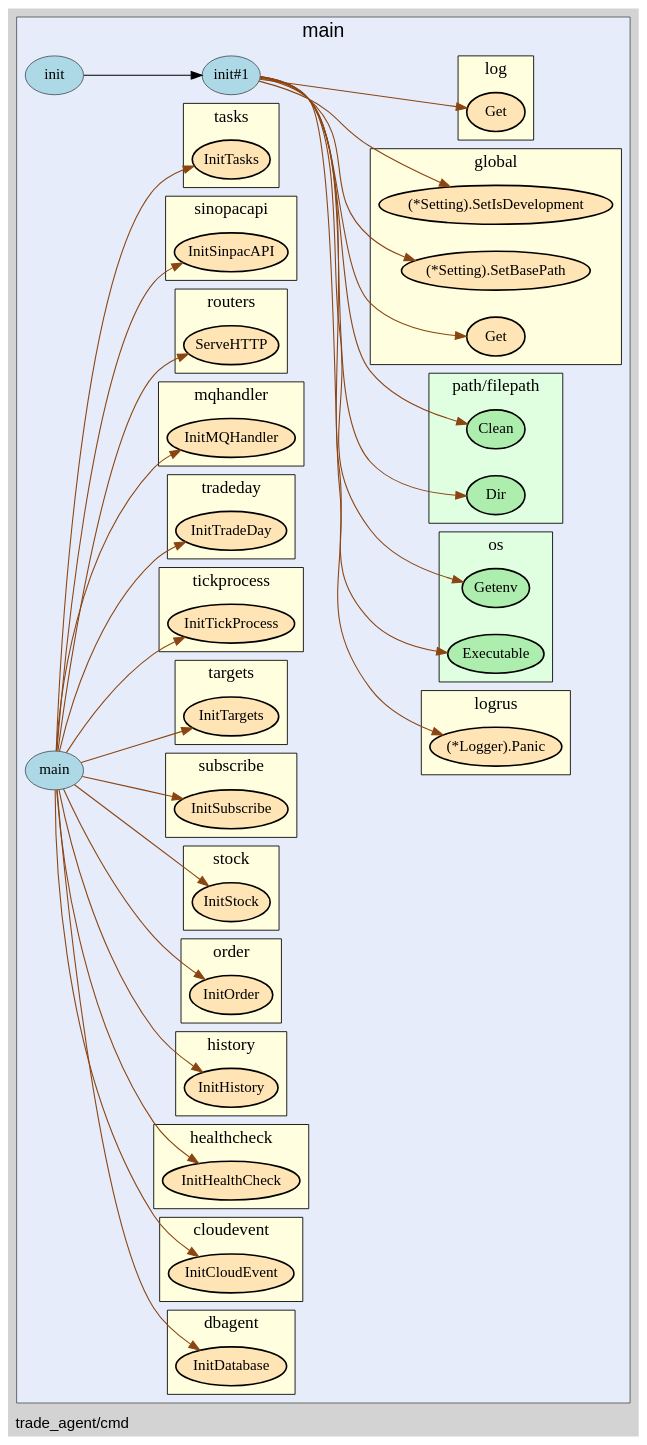
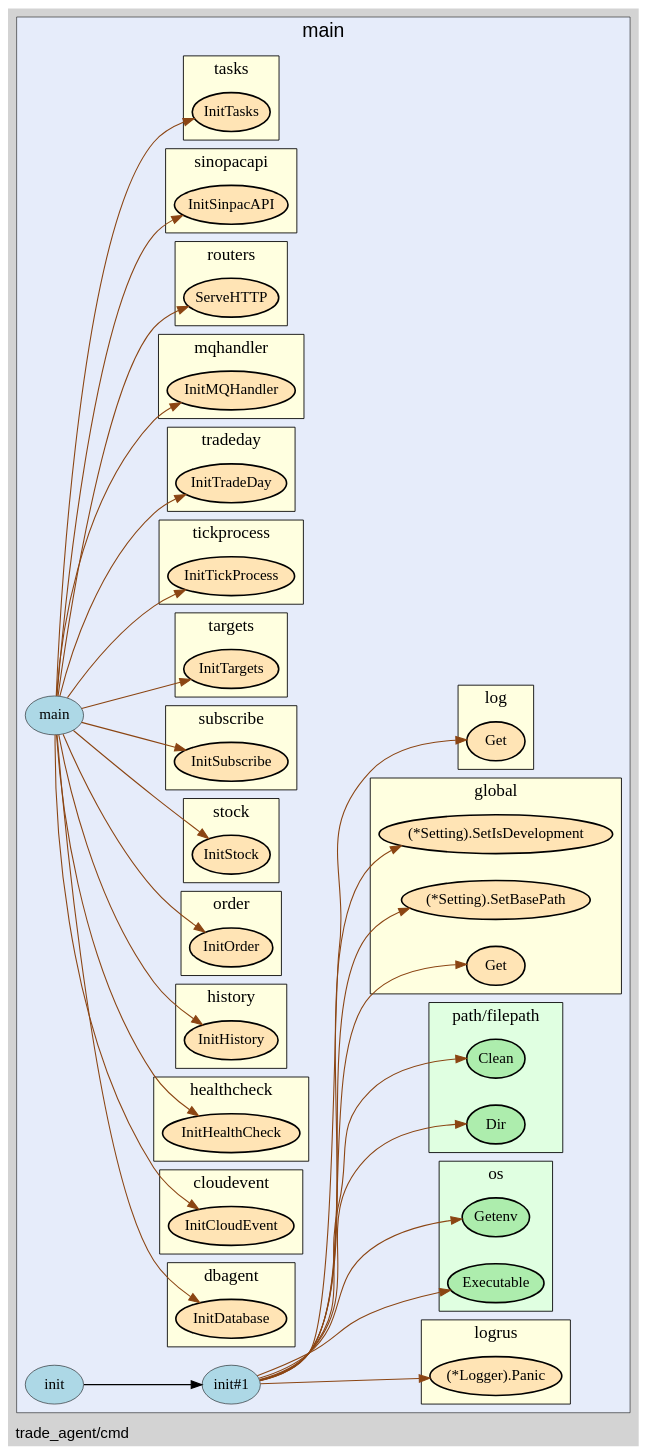
The diagram in assets/callvis.gv (Chindada/trade_agent), drawn with Graphviz before and after one commit. The commit also changed 4 other files, not shown here.

```diff
--- a/assets/callvis.gv
+++ b/assets/callvis.gv
@@ -20,20 +20,20 @@
 labeljust="c";
 fontsize="18";
         
-        "trade_agent/cmd.init#1" [ label="init#1" penwidth="0.5" fillcolor="lightblue" ]
+        "trade_agent/cmd.main" [ fillcolor="lightblue" label="main" penwidth="0.5" ]
+        "trade_agent/cmd.init#1" [ fillcolor="lightblue" label="init#1" penwidth="0.5" ]
         "trade_agent/cmd.init" [ fillcolor="lightblue" label="init" penwidth="0.5" ]
-        "trade_agent/cmd.main" [ label="main" penwidth="0.5" fillcolor="lightblue" ]
         
         subgraph "cluster_github.com/sirupsen/logrus" {
-        tooltip="package: github.com/sirupsen/logrus";
+        fontsize="16";
+label="logrus";
 penwidth="0.8";
 style="filled";
-label="logrus";
+fillcolor="lightyellow";
+fontname="Tahoma bold";
 rank="sink";
 URL="/?f=github.com/sirupsen/logrus";
-fontsize="16";
-fillcolor="lightyellow";
-fontname="Tahoma bold";
+tooltip="package: github.com/sirupsen/logrus";
         
         "(*github.com/sirupsen/logrus.Logger).Panic" [ fillcolor="moccasin" label="(*Logger).Panic" penwidth="1.5" ]
         
@@ -41,28 +41,28 @@
 
         subgraph "cluster_os" {
         penwidth="0.8";
+fillcolor="#E0FFE1";
+rank="sink";
+URL="/?f=os";
 fontsize="16";
-fillcolor="#E0FFE1";
-URL="/?f=os";
 style="filled";
 fontname="Tahoma bold";
-rank="sink";
 label="os";
 tooltip="package: os";
         
-        "os.Executable" [ penwidth="1.5" fillcolor="#adedad" label="Executable" ]
+        "os.Executable" [ fillcolor="#adedad" label="Executable" penwidth="1.5" ]
         "os.Getenv" [ fillcolor="#adedad" label="Getenv" penwidth="1.5" ]
         
     }
 
         subgraph "cluster_path/filepath" {
-        fontsize="16";
-style="filled";
+        style="filled";
 fillcolor="#E0FFE1";
 fontname="Tahoma bold";
 rank="sink";
 tooltip="package: path/filepath";
 penwidth="0.8";
+fontsize="16";
 label="path/filepath";
 URL="/?f=path/filepath";
         
@@ -72,152 +72,152 @@
     }
 
         subgraph "cluster_trade_agent/global" {
-        rank="sink";
-fontname="Tahoma bold";
-label="global";
-URL="/?f=trade_agent/global";
-tooltip="package: trade_agent/global";
+        URL="/?f=trade_agent/global";
 penwidth="0.8";
 fontsize="16";
 style="filled";
 fillcolor="lightyellow";
+fontname="Tahoma bold";
+label="global";
+rank="sink";
+tooltip="package: trade_agent/global";
         
-        "trade_agent/global.Get" [ label="Get" penwidth="1.5" fillcolor="moccasin" ]
+        "trade_agent/global.Get" [ fillcolor="moccasin" label="Get" penwidth="1.5" ]
         "(*trade_agent/global.Setting).SetBasePath" [ fillcolor="moccasin" label="(*Setting).SetBasePath" penwidth="1.5" ]
         "(*trade_agent/global.Setting).SetIsDevelopment" [ fillcolor="moccasin" label="(*Setting).SetIsDevelopment" penwidth="1.5" ]
         
     }
 
         subgraph "cluster_trade_agent/pkg/dbagent" {
-        penwidth="0.8";
-fontsize="16";
-fillcolor="lightyellow";
-fontname="Tahoma bold";
+        fillcolor="lightyellow";
 rank="sink";
 label="dbagent";
-style="filled";
 URL="/?f=trade_agent/pkg/dbagent";
 tooltip="package: trade_agent/pkg/dbagent";
+fontsize="16";
+style="filled";
+fontname="Tahoma bold";
+penwidth="0.8";
         
         "trade_agent/pkg/dbagent.InitDatabase" [ fillcolor="moccasin" label="InitDatabase" penwidth="1.5" ]
         
     }
 
         subgraph "cluster_trade_agent/pkg/log" {
-        fillcolor="lightyellow";
+        style="filled";
 rank="sink";
 label="log";
-tooltip="package: trade_agent/pkg/log";
 URL="/?f=trade_agent/pkg/log";
 penwidth="0.8";
 fontsize="16";
-style="filled";
+fillcolor="lightyellow";
 fontname="Tahoma bold";
+tooltip="package: trade_agent/pkg/log";
         
         "trade_agent/pkg/log.Get" [ fillcolor="moccasin" label="Get" penwidth="1.5" ]
         
     }
 
         subgraph "cluster_trade_agent/pkg/modules/cloudevent" {
-        fontsize="16";
-style="filled";
+        style="filled";
 fillcolor="lightyellow";
-fontname="Tahoma bold";
+rank="sink";
 label="cloudevent";
-URL="/?f=trade_agent/pkg/modules/cloudevent";
 tooltip="package: trade_agent/pkg/modules/cloudevent";
 penwidth="0.8";
-rank="sink";
+fontsize="16";
+fontname="Tahoma bold";
+URL="/?f=trade_agent/pkg/modules/cloudevent";
         
         "trade_agent/pkg/modules/cloudevent.InitCloudEvent" [ fillcolor="moccasin" label="InitCloudEvent" penwidth="1.5" ]
         
     }
 
         subgraph "cluster_trade_agent/pkg/modules/healthcheck" {
-        URL="/?f=trade_agent/pkg/modules/healthcheck";
-tooltip="package: trade_agent/pkg/modules/healthcheck";
+        penwidth="0.8";
 fillcolor="lightyellow";
-fontname="Tahoma bold";
+rank="sink";
 label="healthcheck";
-rank="sink";
-penwidth="0.8";
+URL="/?f=trade_agent/pkg/modules/healthcheck";
 fontsize="16";
 style="filled";
+fontname="Tahoma bold";
+tooltip="package: trade_agent/pkg/modules/healthcheck";
         
         "trade_agent/pkg/modules/healthcheck.InitHealthCheck" [ fillcolor="moccasin" label="InitHealthCheck" penwidth="1.5" ]
         
     }
 
         subgraph "cluster_trade_agent/pkg/modules/history" {
-        fillcolor="lightyellow";
-URL="/?f=trade_agent/pkg/modules/history";
+        rank="sink";
+label="history";
 penwidth="0.8";
 fontsize="16";
 style="filled";
+fillcolor="lightyellow";
 fontname="Tahoma bold";
-rank="sink";
-label="history";
+URL="/?f=trade_agent/pkg/modules/history";
 tooltip="package: trade_agent/pkg/modules/history";
         
-        "trade_agent/pkg/modules/history.InitHistory" [ label="InitHistory" penwidth="1.5" fillcolor="moccasin" ]
+        "trade_agent/pkg/modules/history.InitHistory" [ fillcolor="moccasin" label="InitHistory" penwidth="1.5" ]
         
     }
 
         subgraph "cluster_trade_agent/pkg/modules/order" {
-        fontsize="16";
-style="filled";
+        rank="sink";
+fontsize="16";
+fillcolor="lightyellow";
 fontname="Tahoma bold";
 label="order";
-penwidth="0.8";
-fillcolor="lightyellow";
-rank="sink";
 URL="/?f=trade_agent/pkg/modules/order";
 tooltip="package: trade_agent/pkg/modules/order";
+penwidth="0.8";
+style="filled";
         
-        "trade_agent/pkg/modules/order.InitOrder" [ fillcolor="moccasin" label="InitOrder" penwidth="1.5" ]
+        "trade_agent/pkg/modules/order.InitOrder" [ penwidth="1.5" fillcolor="moccasin" label="InitOrder" ]
         
     }
 
         subgraph "cluster_trade_agent/pkg/modules/stock" {
-        penwidth="0.8";
+        fontsize="16";
 style="filled";
+rank="sink";
+URL="/?f=trade_agent/pkg/modules/stock";
+tooltip="package: trade_agent/pkg/modules/stock";
+penwidth="0.8";
+fillcolor="lightyellow";
 fontname="Tahoma bold";
 label="stock";
-URL="/?f=trade_agent/pkg/modules/stock";
-tooltip="package: trade_agent/pkg/modules/stock";
-fontsize="16";
-fillcolor="lightyellow";
-rank="sink";
         
         "trade_agent/pkg/modules/stock.InitStock" [ label="InitStock" penwidth="1.5" fillcolor="moccasin" ]
         
     }
 
         subgraph "cluster_trade_agent/pkg/modules/subscribe" {
-        fillcolor="lightyellow";
+        URL="/?f=trade_agent/pkg/modules/subscribe";
+fillcolor="lightyellow";
 fontname="Tahoma bold";
+rank="sink";
+label="subscribe";
 penwidth="0.8";
+fontsize="16";
 style="filled";
-label="subscribe";
-URL="/?f=trade_agent/pkg/modules/subscribe";
 tooltip="package: trade_agent/pkg/modules/subscribe";
-fontsize="16";
-rank="sink";
         
         "trade_agent/pkg/modules/subscribe.InitSubscribe" [ fillcolor="moccasin" label="InitSubscribe" penwidth="1.5" ]
         
     }
 
         subgraph "cluster_trade_agent/pkg/modules/targets" {
-        fillcolor="lightyellow";
+        penwidth="0.8";
+style="filled";
+URL="/?f=trade_agent/pkg/modules/targets";
+tooltip="package: trade_agent/pkg/modules/targets";
+fontsize="16";
+fillcolor="lightyellow";
+fontname="Tahoma bold";
 rank="sink";
-tooltip="package: trade_agent/pkg/modules/targets";
-penwidth="0.8";
-fontsize="16";
-style="filled";
-fontname="Tahoma bold";
 label="targets";
-URL="/?f=trade_agent/pkg/modules/targets";
         
         "trade_agent/pkg/modules/targets.InitTargets" [ fillcolor="moccasin" label="InitTargets" penwidth="1.5" ]
         
@@ -225,74 +225,74 @@
 
         subgraph "cluster_trade_agent/pkg/modules/tickprocess" {
         penwidth="0.8";
-style="filled";
-URL="/?f=trade_agent/pkg/modules/tickprocess";
+label="tickprocess";
 tooltip="package: trade_agent/pkg/modules/tickprocess";
 fontsize="16";
+style="filled";
 fillcolor="lightyellow";
 fontname="Tahoma bold";
 rank="sink";
-label="tickprocess";
+URL="/?f=trade_agent/pkg/modules/tickprocess";
         
         "trade_agent/pkg/modules/tickprocess.InitTickProcess" [ fillcolor="moccasin" label="InitTickProcess" penwidth="1.5" ]
         
     }
 
         subgraph "cluster_trade_agent/pkg/modules/tradeday" {
-        penwidth="0.8";
-fontsize="16";
-tooltip="package: trade_agent/pkg/modules/tradeday";
+        fontsize="16";
 style="filled";
 fillcolor="lightyellow";
+label="tradeday";
+penwidth="0.8";
 fontname="Tahoma bold";
 rank="sink";
-label="tradeday";
 URL="/?f=trade_agent/pkg/modules/tradeday";
+tooltip="package: trade_agent/pkg/modules/tradeday";
         
         "trade_agent/pkg/modules/tradeday.InitTradeDay" [ fillcolor="moccasin" label="InitTradeDay" penwidth="1.5" ]
         
     }
 
         subgraph "cluster_trade_agent/pkg/mqhandler" {
-        penwidth="0.8";
+        style="filled";
 fillcolor="lightyellow";
-label="mqhandler";
+fontname="Tahoma bold";
 URL="/?f=trade_agent/pkg/mqhandler";
 tooltip="package: trade_agent/pkg/mqhandler";
+penwidth="0.8";
 fontsize="16";
-style="filled";
-fontname="Tahoma bold";
 rank="sink";
+label="mqhandler";
         
-        "trade_agent/pkg/mqhandler.InitMQHandler" [ fillcolor="moccasin" label="InitMQHandler" penwidth="1.5" ]
+        "trade_agent/pkg/mqhandler.InitMQHandler" [ label="InitMQHandler" penwidth="1.5" fillcolor="moccasin" ]
         
     }
 
         subgraph "cluster_trade_agent/pkg/routers" {
         URL="/?f=trade_agent/pkg/routers";
+penwidth="0.8";
 style="filled";
-fillcolor="lightyellow";
 fontname="Tahoma bold";
 label="routers";
-penwidth="0.8";
+tooltip="package: trade_agent/pkg/routers";
 fontsize="16";
+fillcolor="lightyellow";
 rank="sink";
-tooltip="package: trade_agent/pkg/routers";
         
         "trade_agent/pkg/routers.ServeHTTP" [ fillcolor="moccasin" label="ServeHTTP" penwidth="1.5" ]
         
     }
 
         subgraph "cluster_trade_agent/pkg/sinopacapi" {
-        penwidth="0.8";
-style="filled";
+        style="filled";
+fontname="Tahoma bold";
+URL="/?f=trade_agent/pkg/sinopacapi";
+penwidth="0.8";
 fillcolor="lightyellow";
-fontname="Tahoma bold";
+rank="sink";
+label="sinopacapi";
 tooltip="package: trade_agent/pkg/sinopacapi";
 fontsize="16";
-rank="sink";
-label="sinopacapi";
-URL="/?f=trade_agent/pkg/sinopacapi";
         
         "trade_agent/pkg/sinopacapi.InitSinpacAPI" [ fillcolor="moccasin" label="InitSinpacAPI" penwidth="1.5" ]
         
@@ -300,14 +300,14 @@
 
         subgraph "cluster_trade_agent/pkg/tasks" {
         penwidth="0.8";
+fontsize="16";
+fontname="Tahoma bold";
+label="tasks";
 URL="/?f=trade_agent/pkg/tasks";
-tooltip="package: trade_agent/pkg/tasks";
-rank="sink";
-label="tasks";
-fontsize="16";
 style="filled";
 fillcolor="lightyellow";
-fontname="Tahoma bold";
+rank="sink";
+tooltip="package: trade_agent/pkg/tasks";
         
         "trade_agent/pkg/tasks.InitTasks" [ fillcolor="moccasin" label="InitTasks" penwidth="1.5" ]
         
@@ -315,16 +315,6 @@
 
     }
 
-    "trade_agent/cmd.init#1" -> "os.Executable" [ color="saddlebrown" ]
-    "trade_agent/cmd.init#1" -> "trade_agent/pkg/log.Get" [ color="saddlebrown" ]
-    "trade_agent/cmd.init#1" -> "(*github.com/sirupsen/logrus.Logger).Panic" [ color="saddlebrown" ]
-    "trade_agent/cmd.init#1" -> "trade_agent/global.Get" [ color="saddlebrown" ]
-    "trade_agent/cmd.init#1" -> "path/filepath.Dir" [ color="saddlebrown" ]
-    "trade_agent/cmd.init#1" -> "path/filepath.Clean" [ color="saddlebrown" ]
-    "trade_agent/cmd.init#1" -> "(*trade_agent/global.Setting).SetBasePath" [ color="saddlebrown" ]
-    "trade_agent/cmd.init#1" -> "os.Getenv" [ color="saddlebrown" ]
-    "trade_agent/cmd.init#1" -> "(*trade_agent/global.Setting).SetIsDevelopment" [ color="saddlebrown" ]
-    "trade_agent/cmd.init" -> "trade_agent/cmd.init#1" [  ]
     "trade_agent/cmd.main" -> "trade_agent/pkg/dbagent.InitDatabase" [ color="saddlebrown" ]
     "trade_agent/cmd.main" -> "trade_agent/pkg/mqhandler.InitMQHandler" [ color="saddlebrown" ]
     "trade_agent/cmd.main" -> "trade_agent/pkg/sinopacapi.InitSinpacAPI" [ color="saddlebrown" ]
@@ -339,4 +329,14 @@
     "trade_agent/cmd.main" -> "trade_agent/pkg/modules/history.InitHistory" [ color="saddlebrown" ]
     "trade_agent/cmd.main" -> "trade_agent/pkg/modules/targets.InitTargets" [ color="saddlebrown" ]
     "trade_agent/cmd.main" -> "trade_agent/pkg/modules/healthcheck.InitHealthCheck" [ color="saddlebrown" ]
+    "trade_agent/cmd.init#1" -> "os.Executable" [ color="saddlebrown" ]
+    "trade_agent/cmd.init#1" -> "trade_agent/pkg/log.Get" [ color="saddlebrown" ]
+    "trade_agent/cmd.init#1" -> "(*github.com/sirupsen/logrus.Logger).Panic" [ color="saddlebrown" ]
+    "trade_agent/cmd.init#1" -> "trade_agent/global.Get" [ color="saddlebrown" ]
+    "trade_agent/cmd.init#1" -> "path/filepath.Dir" [ color="saddlebrown" ]
+    "trade_agent/cmd.init#1" -> "path/filepath.Clean" [ color="saddlebrown" ]
+    "trade_agent/cmd.init#1" -> "(*trade_agent/global.Setting).SetBasePath" [ color="saddlebrown" ]
+    "trade_agent/cmd.init#1" -> "os.Getenv" [ color="saddlebrown" ]
+    "trade_agent/cmd.init#1" -> "(*trade_agent/global.Setting).SetIsDevelopment" [ color="saddlebrown" ]
+    "trade_agent/cmd.init" -> "trade_agent/cmd.init#1" [  ]
 }
```
